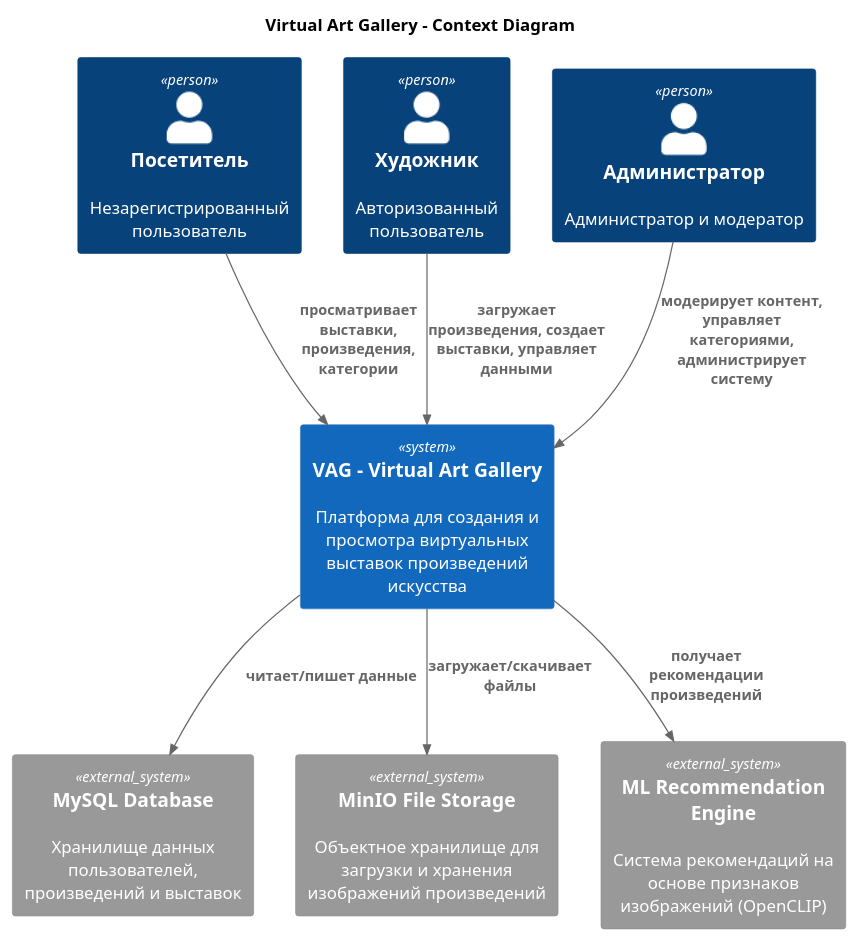
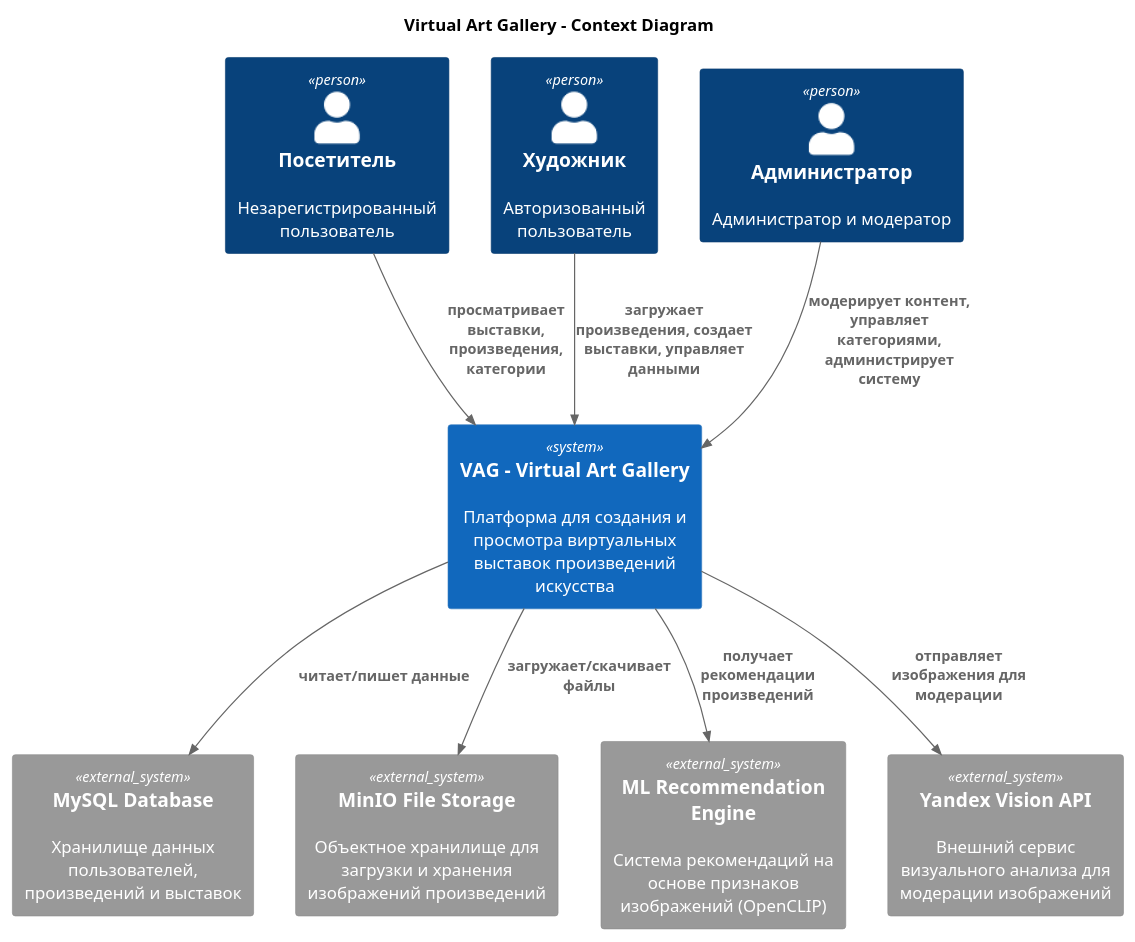
The diagram in VAG-Java/Диаграммы/C4_Context_Diagram.puml (ShutovaTE/AG-Diploma), drawn with PlantUML before and after one commit. The commit also changed 6 other files, not shown here.

```diff
--- a/VAG-Java/Диаграммы/C4_Context_Diagram.puml
+++ b/VAG-Java/Диаграммы/C4_Context_Diagram.puml
@@ -1,25 +1,27 @@
 @startuml C4 Context Diagram - Virtual Art Gallery
 
 !include https://raw.githubusercontent.com/plantuml-stdlib/C4-PlantUML/master/C4_Context.puml
 
 title Virtual Art Gallery - Context Diagram
 
 Person(visitor, "Посетитель", "Незарегистрированный пользователь")
 Person(artist, "Художник", "Авторизованный пользователь")
 Person(admin, "Администратор", "Администратор и модератор")
 
 System(vag, "VAG - Virtual Art Gallery", "Платформа для создания и просмотра виртуальных выставок произведений искусства")
 
 System_Ext(mysql, "MySQL Database", "Хранилище данных пользователей, произведений и выставок")
 System_Ext(minio, "MinIO File Storage", "Объектное хранилище для загрузки и хранения изображений произведений")
 System_Ext(ml_engine, "ML Recommendation Engine", "Система рекомендаций на основе признаков изображений (OpenCLIP)")
+System_Ext(yandex, "Yandex Vision API", "Внешний сервис визуального анализа для модерации изображений")
 
 Rel(visitor, vag, "просматривает выставки, произведения, категории")
 Rel(artist, vag, "загружает произведения, создает выставки, управляет данными")
 Rel(admin, vag, "модерирует контент, управляет категориями, администрирует систему")
 
 Rel(vag, mysql, "читает/пишет данные")
 Rel(vag, minio, "загружает/скачивает файлы")
 Rel(vag, ml_engine, "получает рекомендации произведений")
+Rel(vag, yandex, "отправляет изображения для модерации")
 
 @enduml
```
